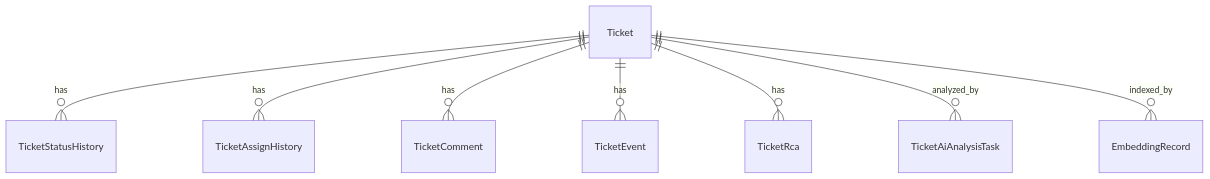
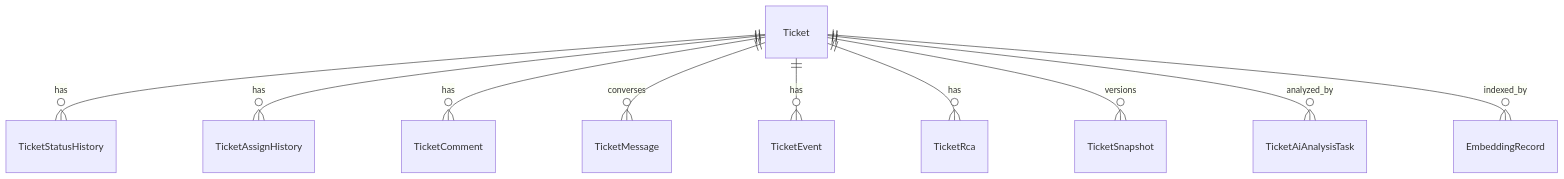
The diagram in wiki/entities/data-models/ticket-core-models.md (diaodeng/ApiTestPlatform), drawn with Mermaid before and after one commit. The commit also changed other lines of this file and 14 other files, not shown here.

````diff
--- a/wiki/entities/data-models/ticket-core-models.md
+++ b/wiki/entities/data-models/ticket-core-models.md
@@ -21,10 +21,12 @@
 ```mermaid
 erDiagram
   Ticket ||--o{ TicketStatusHistory : has
   Ticket ||--o{ TicketAssignHistory : has
   Ticket ||--o{ TicketComment : has
+  Ticket ||--o{ TicketMessage : converses
   Ticket ||--o{ TicketEvent : has
   Ticket ||--o{ TicketRca : has
+  Ticket ||--o{ TicketSnapshot : versions
   Ticket ||--o{ TicketAiAnalysisTask : analyzed_by
   Ticket ||--o{ EmbeddingRecord : indexed_by
 ```
````
